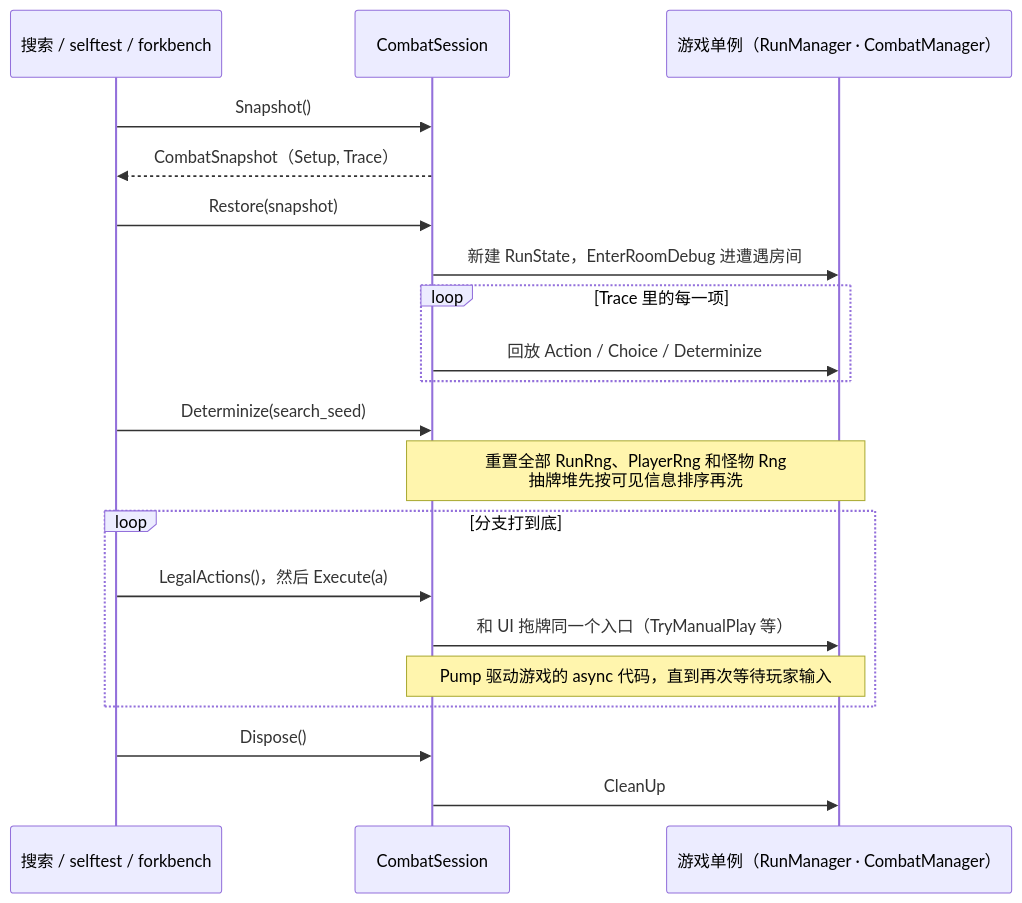
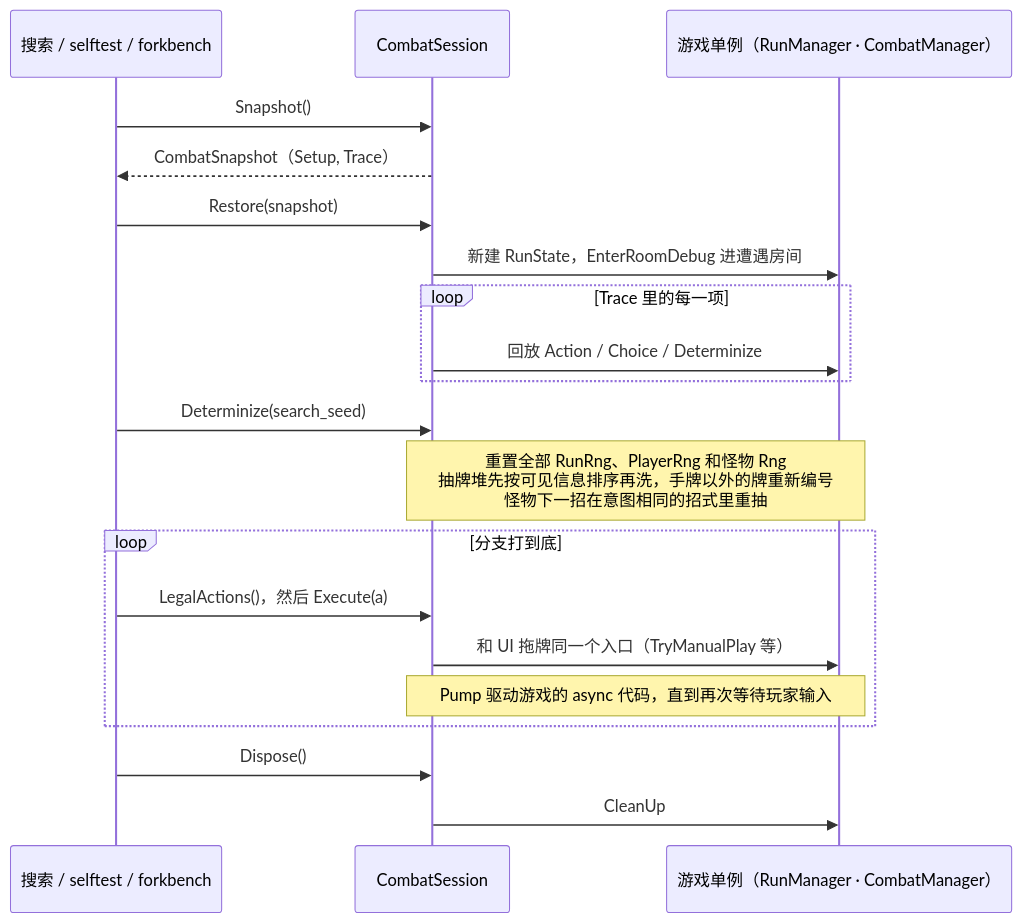
One commit to shinnku-nikaidou/spire-zero changed the fourth of 7 diagrams in docs/architecture.md. Above: the diagram before and after it, drawn with Mermaid. The commit also changed other lines of this file and 8 other files, not shown here.

````diff
--- a/docs/architecture.md
+++ b/docs/architecture.md
@@ -135,23 +135,23 @@
 ```mermaid
 sequenceDiagram
     participant S as 搜索 / selftest / forkbench
     participant C as CombatSession
     participant G as 游戏单例（RunManager · CombatManager）
 
     S->>C: Snapshot()
     C-->>S: CombatSnapshot（Setup, Trace）
     S->>C: Restore(snapshot)
     C->>G: 新建 RunState，EnterRoomDebug 进遭遇房间
     loop Trace 里的每一项
         C->>G: 回放 Action / Choice / Determinize
     end
     S->>C: Determinize(search_seed)
-    Note over C,G: 重置全部 RunRng、PlayerRng 和怪物 Rng<br/>抽牌堆先按可见信息排序再洗
+    Note over C,G: 重置全部 RunRng、PlayerRng 和怪物 Rng<br/>抽牌堆先按可见信息排序再洗，手牌以外的牌重新编号<br/>怪物下一招在意图相同的招式里重抽
     loop 分支打到底
         S->>C: LegalActions()，然后 Execute(a)
         C->>G: 和 UI 拖牌同一个入口（TryManualPlay 等）
         Note over C,G: Pump 驱动游戏的 async 代码，直到再次等待玩家输入
     end
     S->>C: Dispose()
     C->>G: CleanUp
 ```
````
